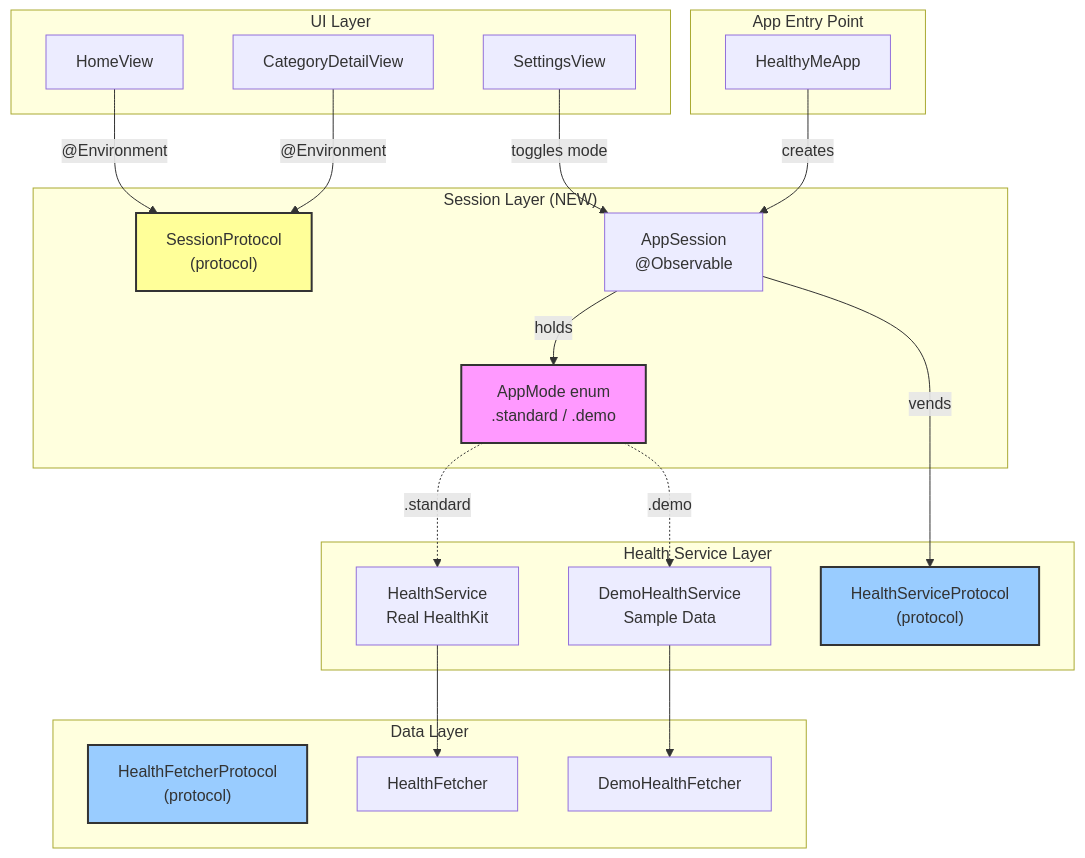
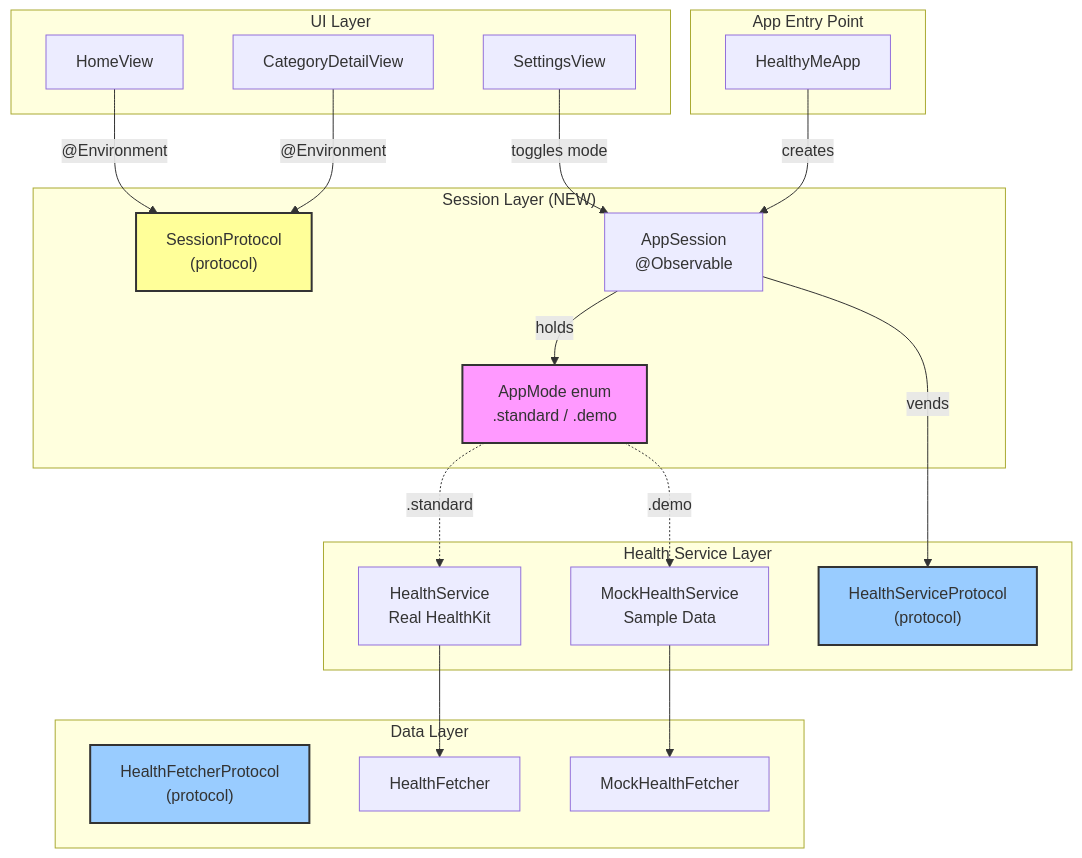
Before and after one commit to milesofmichael/HealthyMe: the first of 3 diagrams in system-design/demo-mode-design.md, drawn with Mermaid. The commit also changed other lines of this file and 1 other file, not shown here.

````diff
--- a/system-design/demo-mode-design.md
+++ b/system-design/demo-mode-design.md
@@ -19,55 +19,55 @@
 ```mermaid
 flowchart TB
     subgraph AppEntry["App Entry Point"]
         HealthyMeApp["HealthyMeApp"]
     end
 
     subgraph SessionLayer["Session Layer (NEW)"]
         SessionProtocol["SessionProtocol<br/>(protocol)"]
         AppSession["AppSession<br/>@Observable"]
         AppMode["AppMode enum<br/>.standard / .demo"]
     end
 
     subgraph UI["UI Layer"]
         HomeView["HomeView"]
         CategoryDetailView["CategoryDetailView"]
         SettingsView["SettingsView"]
     end
 
     subgraph HealthServices["Health Service Layer"]
         HealthServiceProtocol["HealthServiceProtocol<br/>(protocol)"]
         HealthService["HealthService<br/>Real HealthKit"]
-        DemoHealthService["DemoHealthService<br/>Sample Data"]
+        MockHealthService["MockHealthService<br/>Sample Data"]
     end
 
     subgraph DataLayer["Data Layer"]
         HealthFetcherProtocol["HealthFetcherProtocol<br/>(protocol)"]
         HealthFetcher["HealthFetcher"]
-        DemoHealthFetcher["DemoHealthFetcher"]
+        MockHealthFetcher["MockHealthFetcher"]
     end
 
     %% App initialization
     HealthyMeApp -->|"creates"| AppSession
     AppSession -->|"holds"| AppMode
 
     %% Session provides services
     AppSession -->|"vends"| HealthServiceProtocol
 
     %% UI consumes session
     HomeView -->|"@Environment"| SessionProtocol
     CategoryDetailView -->|"@Environment"| SessionProtocol
     SettingsView -->|"toggles mode"| AppSession
 
     %% Service selection based on mode
     AppMode -.->|".standard"| HealthService
-    AppMode -.->|".demo"| DemoHealthService
+    AppMode -.->|".demo"| MockHealthService
 
     %% Service dependencies
     HealthService --> HealthFetcher
-    DemoHealthService --> DemoHealthFetcher
+    MockHealthService --> MockHealthFetcher
 
     style SessionProtocol fill:#ff9,stroke:#333,stroke-width:2px,color:#333
     style AppMode fill:#f9f,stroke:#333,stroke-width:2px,color:#333
     style HealthServiceProtocol fill:#9cf,stroke:#333,stroke-width:2px,color:#333
     style HealthFetcherProtocol fill:#9cf,stroke:#333,stroke-width:2px,color:#333
 ```
````
